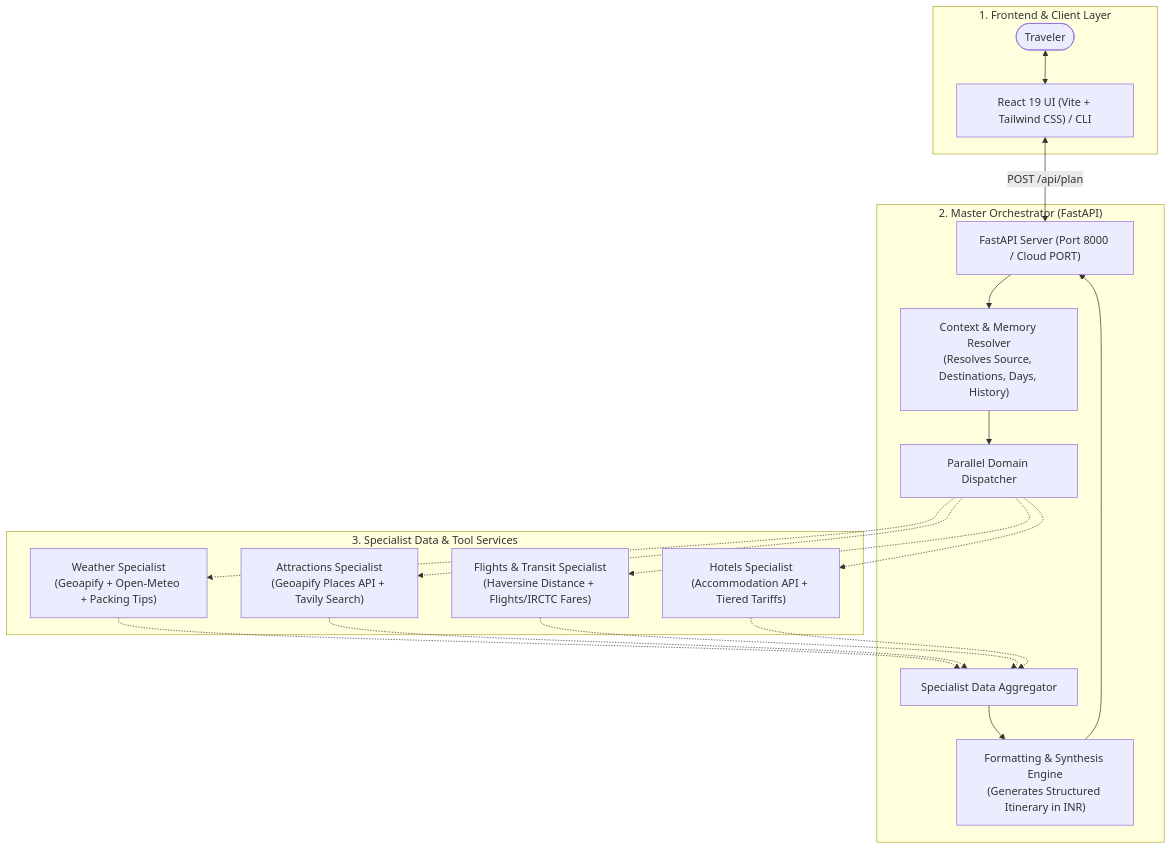
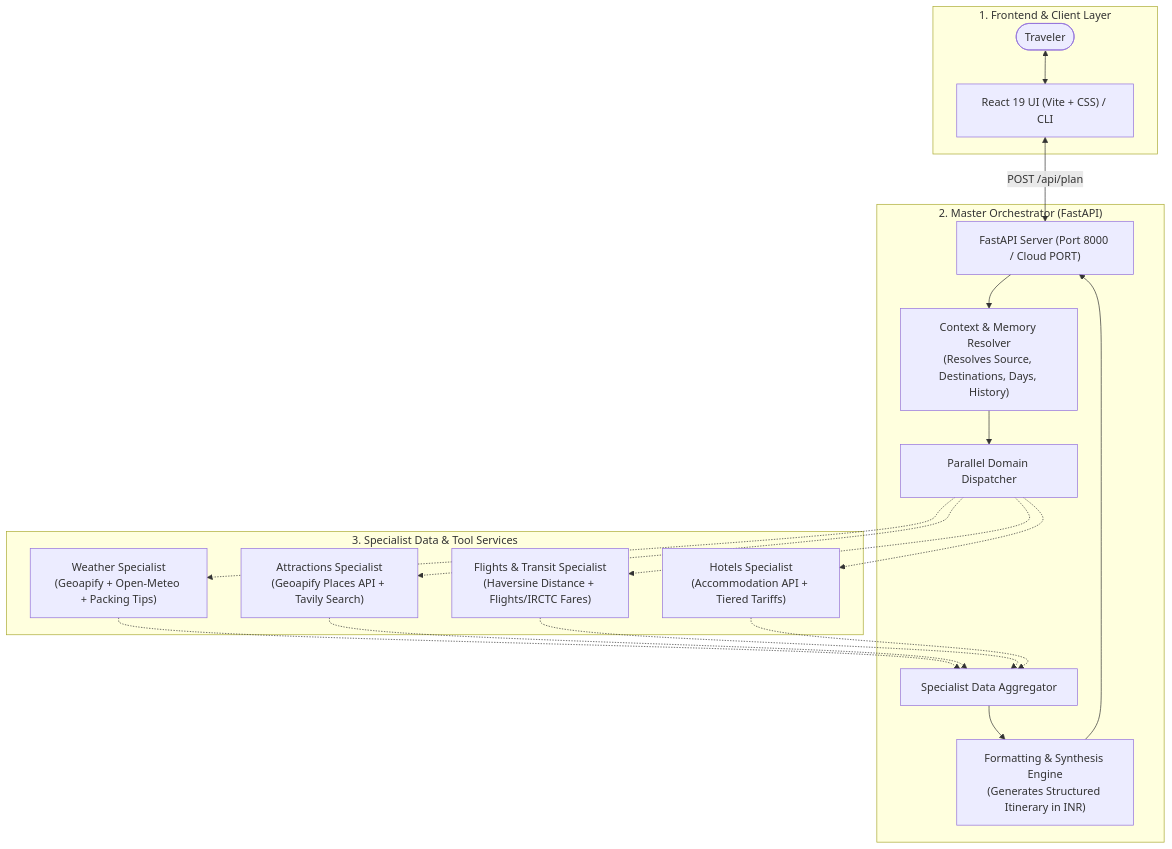
One commit to jineshkhalas/multiagent-travel-planner changed the diagram in README.md. Above: the diagram before and after it, drawn with Mermaid. The commit also changed other lines of this file and 8 other files, not shown here.

````diff
--- a/README.md
+++ b/README.md
@@ -27,26 +44,26 @@
 ```mermaid
 flowchart TD
     subgraph Client ["1. Frontend & Client Layer"]
-        User(["Traveler"]) <--> UI["React 19 UI (Vite + Tailwind CSS) / CLI"]
+        User(["Traveler"]) <--> UI["React 19 UI (Vite + CSS) / CLI"]
     end
 
     subgraph Master ["2. Master Orchestrator (FastAPI)"]
         UI <-->|POST /api/plan| API["FastAPI Server (Port 8000 / Cloud PORT)"]
         API --> ContextAgent["Context & Memory Resolver\n(Resolves Source, Destinations, Days, History)"]
         ContextAgent --> Dispatcher["Parallel Domain Dispatcher"]
         Aggregator["Specialist Data Aggregator"] --> FormattingAgent["Formatting & Synthesis Engine\n(Generates Structured Itinerary in INR)"]
         FormattingAgent --> API
     end
 
     subgraph Specialists ["3. Specialist Data & Tool Services"]
         Dispatcher -.-> W["Weather Specialist\n(Geoapify + Open-Meteo + Packing Tips)"]
         Dispatcher -.-> A["Attractions Specialist\n(Geoapify Places API + Tavily Search)"]
         Dispatcher -.-> F["Flights & Transit Specialist\n(Haversine Distance + Flights/IRCTC Fares)"]
         Dispatcher -.-> H["Hotels Specialist\n(Accommodation API + Tiered Tariffs)"]
 
         W -.-> Aggregator
         A -.-> Aggregator
         F -.-> Aggregator
         H -.-> Aggregator
     end
 ```
````
